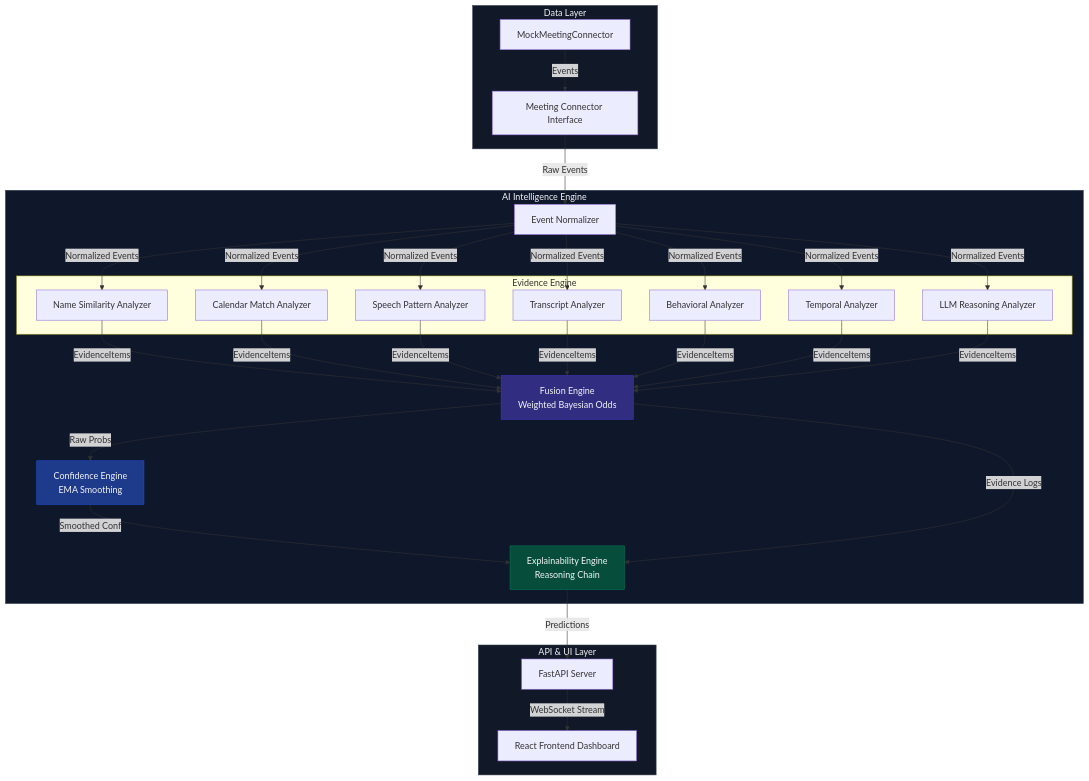
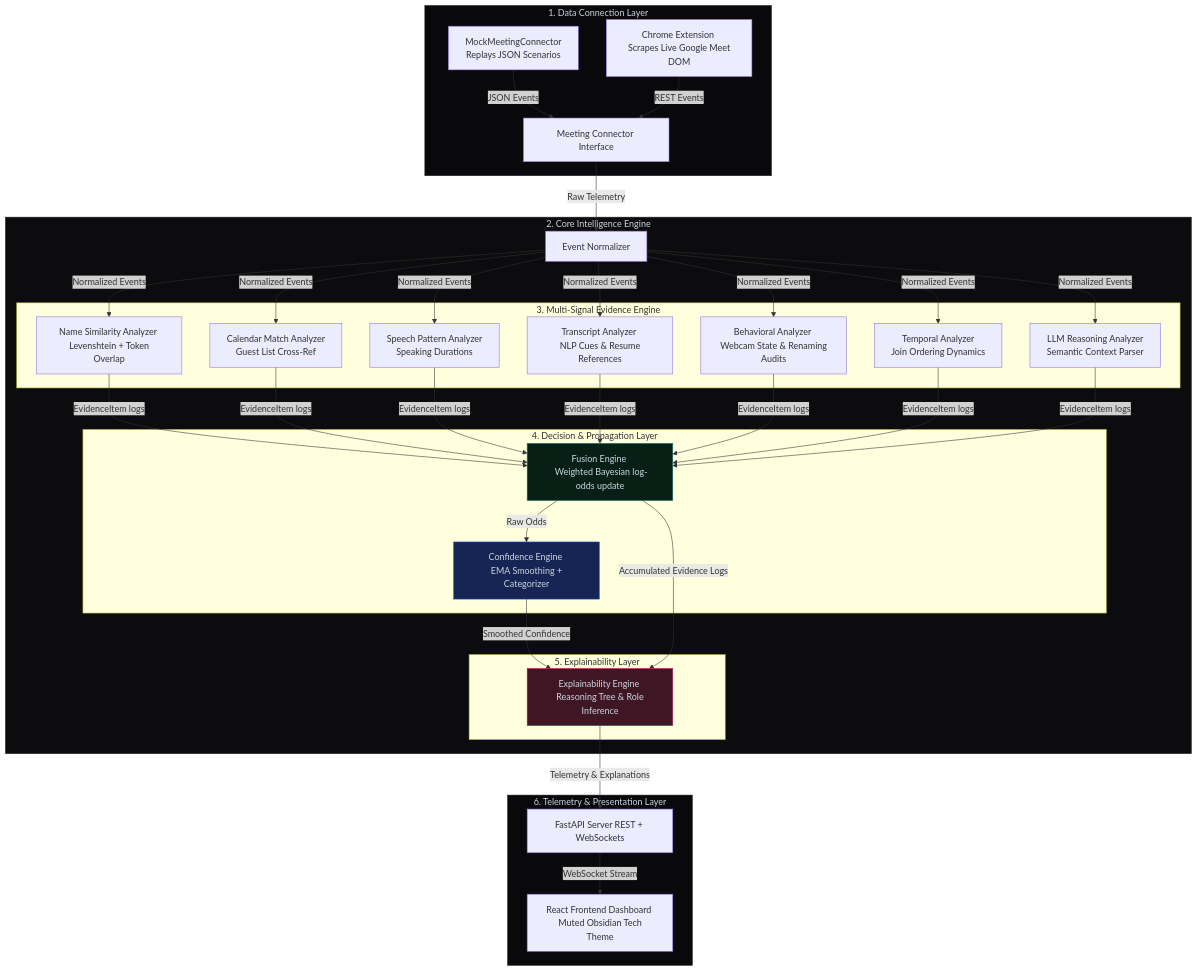
The diagram in README.md (Sahilkewat80085/TrueCandidate), drawn with Mermaid before and after one commit. The commit also changed other lines of this file, not shown here.

Commit message:
docs: rewrite main README to create a world-class system architecture and usage guide

````diff
--- a/README.md
+++ b/README.md
@@ -22,62 +10,71 @@
 ```mermaid
 graph TD
-    subgraph Connectors [Data Layer]
+    subgraph Connectors [1. Data Connection Layer]
         MC[Meeting Connector Interface]
-        MMC[MockMeetingConnector]
-        MMC -->|Events| MC
+        MMC[MockMeetingConnector <br/> Replays JSON Scenarios]
+        EXT[Chrome Extension <br/> Scrapes Live Google Meet DOM]
+        
+        MMC -->|JSON Events| MC
+        EXT -->|REST Events| MC
     end
 
-    subgraph Core [AI Intelligence Engine]
+    subgraph Core [2. Core Intelligence Engine]
         EN[Event Normalizer]
-        MC -->|Raw Events| EN
+        MC -->|Raw Telemetry| EN
 
-        subgraph Evidence [Evidence Engine]
-            NS[Name Similarity Analyzer]
-            CM[Calendar Match Analyzer]
-            SP[Speech Pattern Analyzer]
-            TA[Transcript Analyzer]
-            BA[Behavioral Analyzer]
-            TE[Temporal Analyzer]
-            LLM[LLM Reasoning Analyzer]
+        subgraph Evidence [3. Multi-Signal Evidence Engine]
+            NS[Name Similarity Analyzer <br/> Levenshtein + Token Overlap]
+            CM[Calendar Match Analyzer <br/> Guest List Cross-Ref]
+            SP[Speech Pattern Analyzer <br/> Speaking Durations]
+            TA[Transcript Analyzer <br/> NLP Cues & Resume References]
+            BA[Behavioral Analyzer <br/> Webcam State & Renaming Audits]
+            TE[Temporal Analyzer <br/> Join Ordering Dynamics]
+            LLM[LLM Reasoning Analyzer <br/> Semantic Context Parser]
         end
         
         EN -->|Normalized Events| NS
         EN -->|Normalized Events| CM
         EN -->|Normalized Events| SP
         EN -->|Normalized Events| TA
         EN -->|Normalized Events| BA
         EN -->|Normalized Events| TE
         EN -->|Normalized Events| LLM
 
-        FE[Fusion Engine<br/>Weighted Bayesian Odds]
-        NS -->|EvidenceItems| FE
-        CM -->|EvidenceItems| FE
-        SP -->|EvidenceItems| FE
-        TA -->|EvidenceItems| FE
-        BA -->|EvidenceItems| FE
-        TE -->|EvidenceItems| FE
-        LLM -->|EvidenceItems| FE
+        subgraph Fusion [4. Decision & Propagation Layer]
+            FE[Fusion Engine <br/> Weighted Bayesian log-odds update]
+            CE[Confidence Engine <br/> EMA Smoothing + Categorizer]
+        end
 
-        CE[Confidence Engine<br/>EMA Smoothing]
-        FE -->|Raw Probs| CE
+        NS -->|EvidenceItem logs| FE
+        CM -->|EvidenceItem logs| FE
+        SP -->|EvidenceItem logs| FE
+        TA -->|EvidenceItem logs| FE
+        BA -->|EvidenceItem logs| FE
+        TE -->|EvidenceItem logs| FE
+        LLM -->|EvidenceItem logs| FE
 
-        EE[Explainability Engine<br/>Reasoning Chain]
-        CE -->|Smoothed Conf| EE
-        FE -->|Evidence Logs| EE
+        FE -->|Raw Odds| CE
+
+        subgraph Explainability [5. Explainability Layer]
+            EE[Explainability Engine <br/> Reasoning Tree & Role Inference]
+        end
+
+        CE -->|Smoothed Confidence| EE
+        FE -->|Accumulated Evidence Logs| EE
     end
 
-    subgraph Presentation [API & UI Layer]
-        API[FastAPI Server]
-        FD[React Frontend Dashboard]
+    subgraph Presentation [6. Telemetry & Presentation Layer]
+        API[FastAPI Server REST + WebSockets]
+        FD[React Frontend Dashboard <br/> Muted Obsidian Tech Theme]
         
-        EE -->|Predictions| API
+        EE -->|Telemetry & Explanations| API
         API -->|WebSocket Stream| FD
     end
 
-    style Connectors fill:#111827,stroke:#374151,stroke-width:1px,color:#f3f4f6
-    style Core fill:#0f172a,stroke:#334155,stroke-width:1px,color:#f3f4f6
-    style Presentation fill:#111827,stroke:#374151,stroke-width:1px,color:#f3f4f6
-    style FE fill:#312e81,stroke:#4338ca,stroke-width:1px,color:#f3f4f6
-    style CE fill:#1e3a8a,stroke:#1d4ed8,stroke-width:1px,color:#f3f4f6
-    style EE fill:#064e3b,stroke:#047857,stroke-width:1px,color:#f3f4f6
+    style Connectors fill:#09090b,stroke:#27272a,stroke-width:1px,color:#cbd5e1
+    style Core fill:#0c0c0e,stroke:#1e1e24,stroke-width:1px,color:#cbd5e1
+    style Presentation fill:#09090b,stroke:#27272a,stroke-width:1px,color:#cbd5e1
+    style FE fill:#062016,stroke:#0f766e,stroke-width:1px,color:#cbd5e1
+    style CE fill:#172554,stroke:#1d4ed8,stroke-width:1px,color:#cbd5e1
+    style EE fill:#3f1624,stroke:#be185d,stroke-width:1px,color:#cbd5e1
 ```
````
